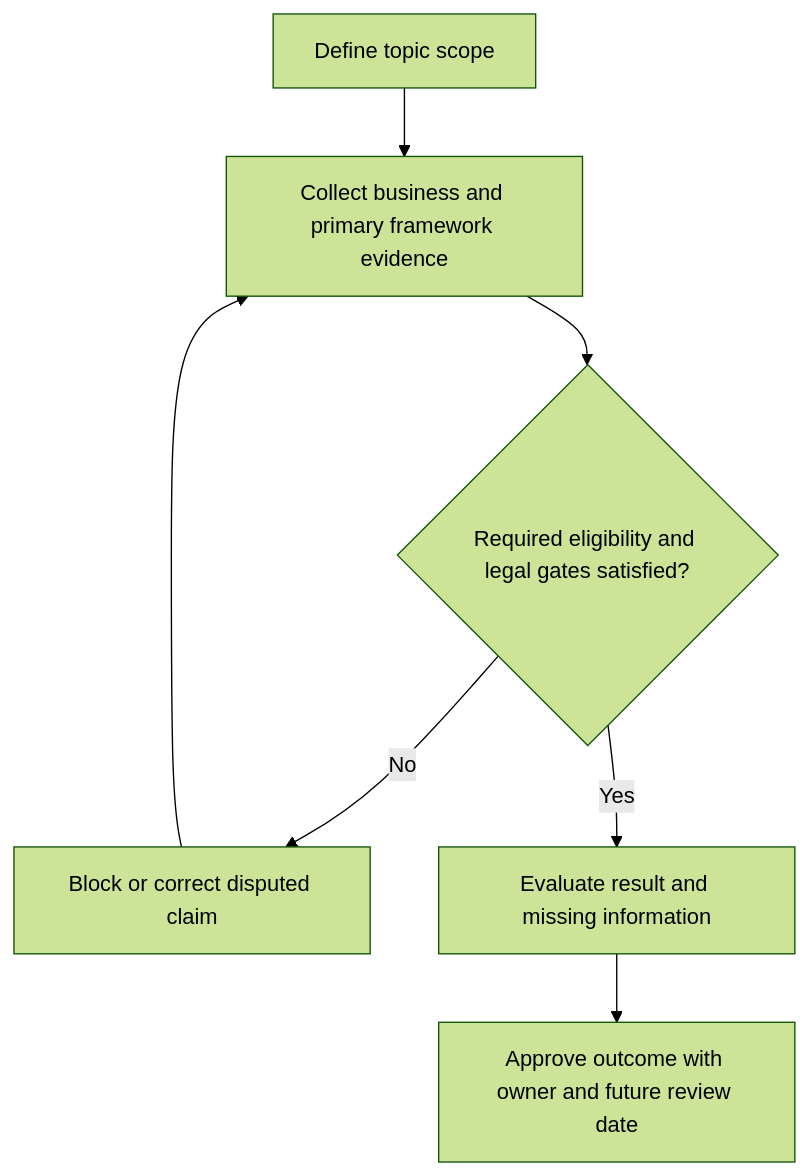
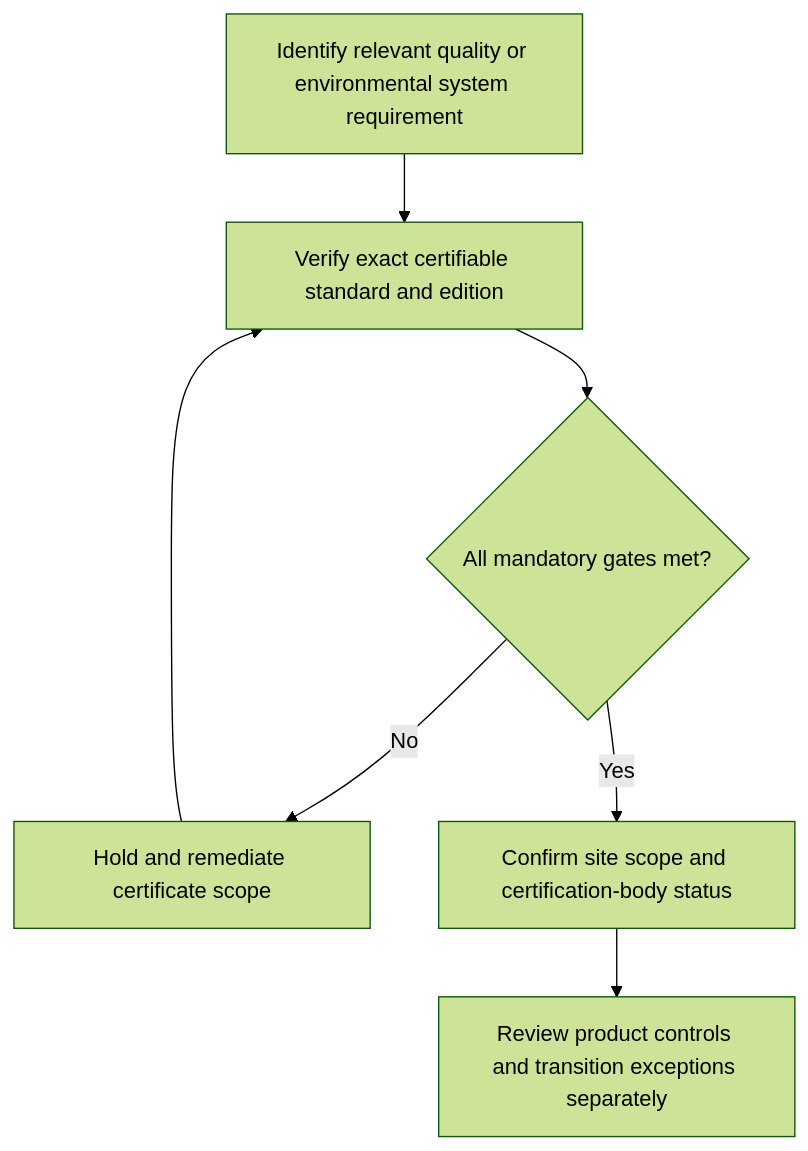
The diagram in 08-optimization-sustainability-technology/section-b-sustainability/10-iso-quality-and-environmental-management.md (theleanx/SupplyChain-Design-Notes), drawn with Mermaid (forest theme) before and after one commit. The commit also changed other lines of this file and 11 other files, not shown here.

````diff
--- a/08-optimization-sustainability-technology/section-b-sustainability/10-iso-quality-and-environmental-management.md
+++ b/08-optimization-sustainability-technology/section-b-sustainability/10-iso-quality-and-environmental-management.md
@@ -42,9 +42,9 @@
 ```mermaid
 flowchart TD
-    A[Define topic scope] --> B[Collect business and primary framework evidence]
-    B --> C{Required eligibility and legal gates satisfied?}
-    C -- No --> D[Block or correct disputed claim]
+    A[Identify relevant quality or environmental system requirement] --> B[Verify exact certifiable standard and edition]
+    B --> C{All mandatory gates met?}
+    C -- No --> D[Hold and remediate certificate scope]
     D --> B
-    C -- Yes --> E[Evaluate result and missing information]
-    E --> F[Approve outcome with owner and future review date]
+    C -- Yes --> E[Confirm site scope and certification-body status]
+    E --> F[Review product controls and transition exceptions separately]
 ```
````
